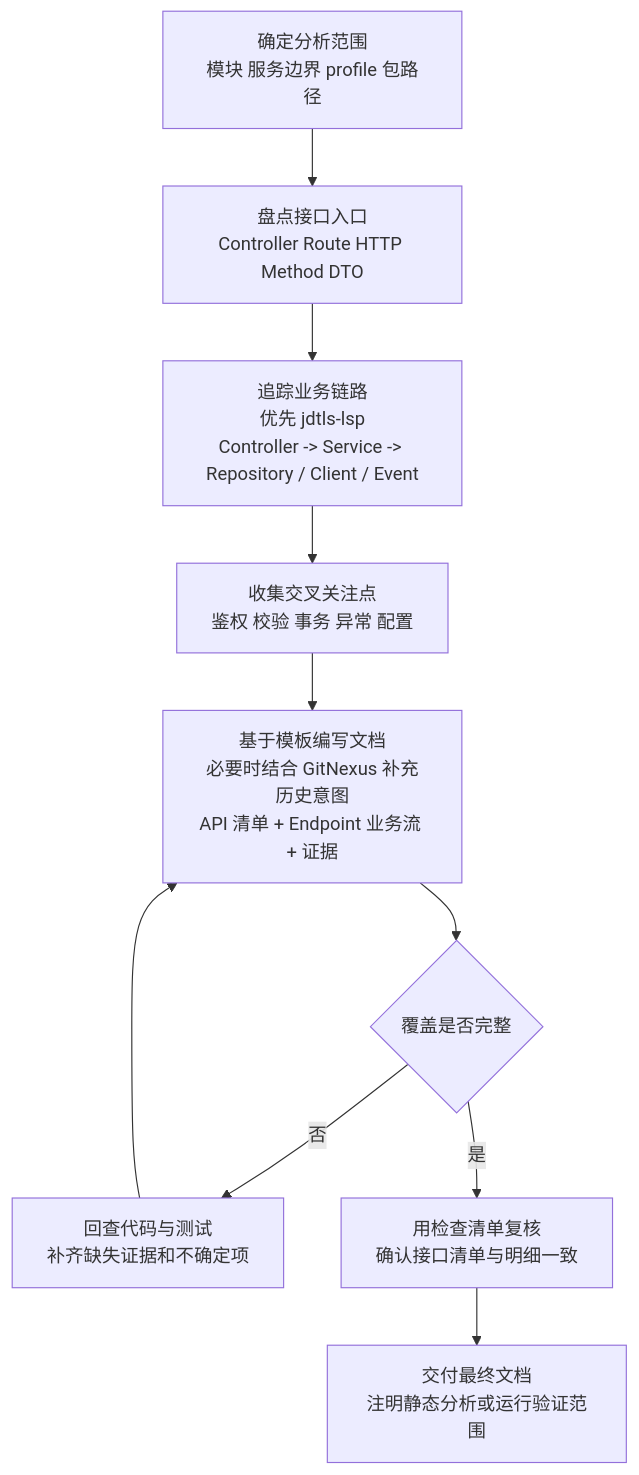
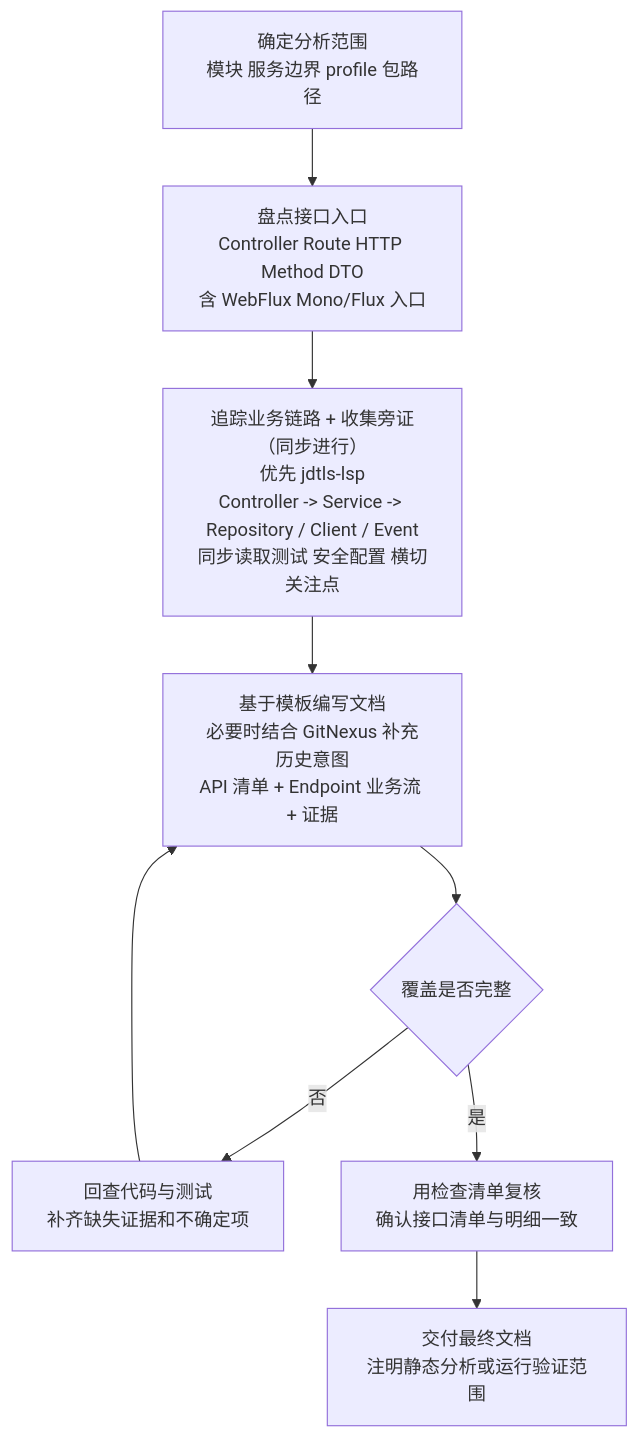
One commit to JoeHe0x/superpowers changed the diagram in skills/api-docs-gen/README.md. Above: the diagram before and after it, drawn with Mermaid. The commit also changed other lines of this file and 4 other files, not shown here.

````diff
--- a/skills/api-docs-gen/README.md
+++ b/skills/api-docs-gen/README.md
@@ -62,12 +62,11 @@
 ```mermaid
 flowchart TD
-    A[确定分析范围<br/>模块 服务边界 profile 包路径] --> B[盘点接口入口<br/>Controller Route HTTP Method DTO]
-    B --> C[追踪业务链路<br/>优先 jdtls-lsp<br/>Controller -> Service -> Repository / Client / Event]
-    C --> D[收集交叉关注点<br/>鉴权 校验 事务 异常 配置]
-    D --> E[基于模板编写文档<br/>必要时结合 GitNexus 补充历史意图<br/>API 清单 + Endpoint 业务流 + 证据]
-    E --> F{覆盖是否完整}
-    F -- 否 --> G[回查代码与测试<br/>补齐缺失证据和不确定项]
-    G --> E
-    F -- 是 --> H[用检查清单复核<br/>确认接口清单与明细一致]
-    H --> I[交付最终文档<br/>注明静态分析或运行验证范围]
+    A[确定分析范围<br/>模块 服务边界 profile 包路径] --> B[盘点接口入口<br/>Controller Route HTTP Method DTO<br/>含 WebFlux Mono/Flux 入口]
+    B --> C[追踪业务链路 + 收集旁证（同步进行）<br/>优先 jdtls-lsp<br/>Controller -> Service -> Repository / Client / Event<br/>同步读取测试 安全配置 横切关注点]
+    C --> D[基于模板编写文档<br/>必要时结合 GitNexus 补充历史意图<br/>API 清单 + Endpoint 业务流 + 证据]
+    D --> E{覆盖是否完整}
+    E -- 否 --> F[回查代码与测试<br/>补齐缺失证据和不确定项]
+    F --> D
+    E -- 是 --> G[用检查清单复核<br/>确认接口清单与明细一致]
+    G --> H[交付最终文档<br/>注明静态分析或运行验证范围]
 ```
````
